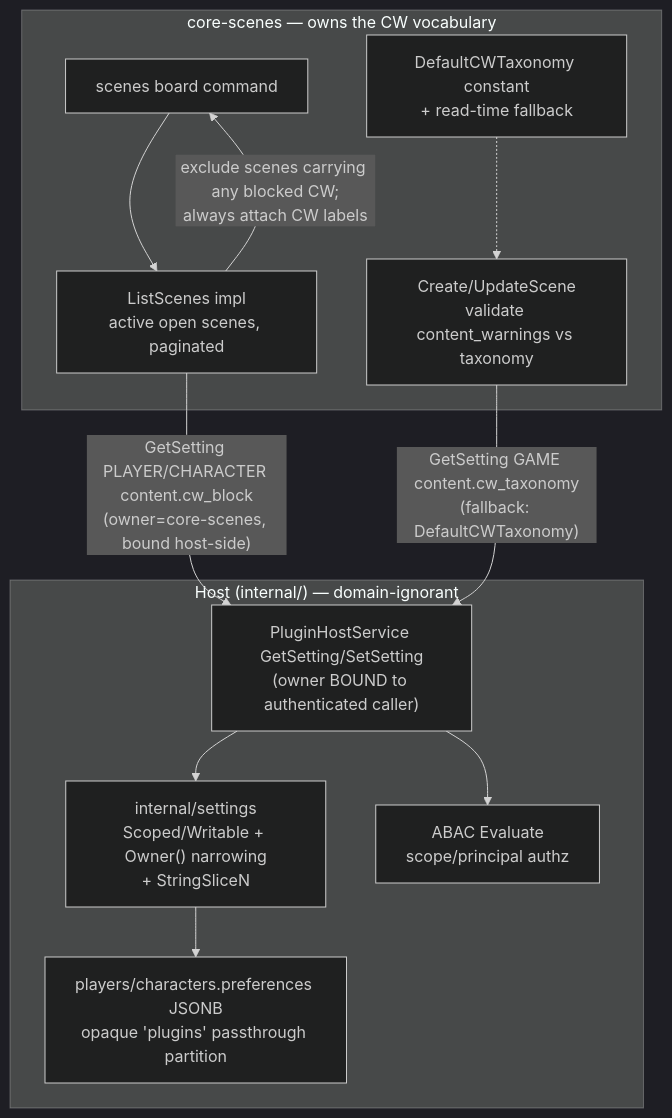
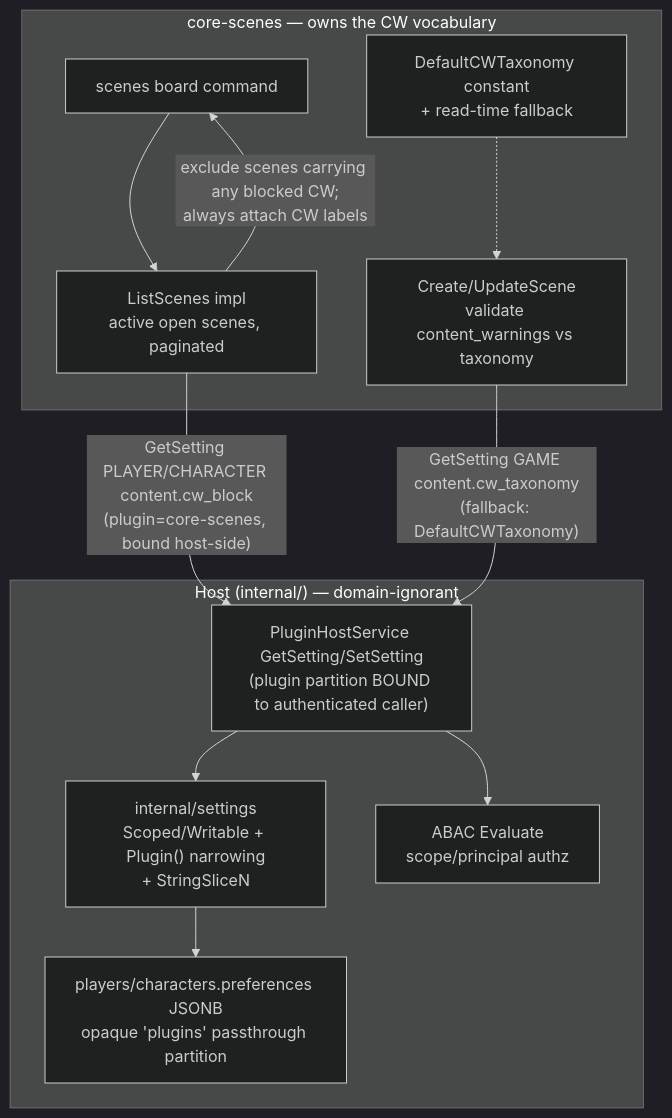
Before and after one commit to holomush/holomush: the diagram in docs/superpowers/specs/2026-05-29-scenes-phase-8-board-content-warnings-design.md, drawn with Mermaid (dark theme). The commit also changed other lines of this file and 64 other files, not shown here.

First line of the commit message:
feat(scenes): Phase 8 — scene board + content warnings on the plugin-partitioned settings substrate (epic holomush-iokti) (#4353)

````diff
--- a/docs/superpowers/specs/2026-05-29-scenes-phase-8-board-content-warnings-design.md
+++ b/docs/superpowers/specs/2026-05-29-scenes-phase-8-board-content-warnings-design.md
@@ -101,24 +101,24 @@
 ```mermaid
 flowchart TD
     subgraph host["Host (internal/) — domain-ignorant"]
-        SET["internal/settings<br/>Scoped/Writable + Owner() narrowing<br/>+ StringSliceN"]
+        SET["internal/settings<br/>Scoped/Writable + Plugin() narrowing<br/>+ StringSliceN"]
         STORE["players/characters.preferences JSONB<br/>opaque 'plugins' passthrough partition"]
-        RPC["PluginHostService GetSetting/SetSetting<br/>(owner BOUND to authenticated caller)"]
+        RPC["PluginHostService GetSetting/SetSetting<br/>(plugin partition BOUND to authenticated caller)"]
         ABAC["ABAC Evaluate<br/>scope/principal authz"]
     end
     subgraph plugin["core-scenes — owns the CW vocabulary"]
         CMD["scenes board command"]
         LIST["ListScenes impl<br/>active open scenes, paginated"]
         TAX["DefaultCWTaxonomy constant<br/>+ read-time fallback"]
         VALID["Create/UpdateScene<br/>validate content_warnings vs taxonomy"]
     end
 
     CMD --> LIST
-    LIST -->|"GetSetting PLAYER/CHARACTER content.cw_block<br/>(owner=core-scenes, bound host-side)"| RPC
+    LIST -->|"GetSetting PLAYER/CHARACTER content.cw_block<br/>(plugin=core-scenes, bound host-side)"| RPC
     VALID -->|"GetSetting GAME content.cw_taxonomy<br/>(fallback: DefaultCWTaxonomy)"| RPC
     RPC --> ABAC
     RPC --> SET
     SET --> STORE
     TAX -.-> VALID
     LIST -->|"exclude scenes carrying any blocked CW;<br/>always attach CW labels"| CMD
 ```
````
